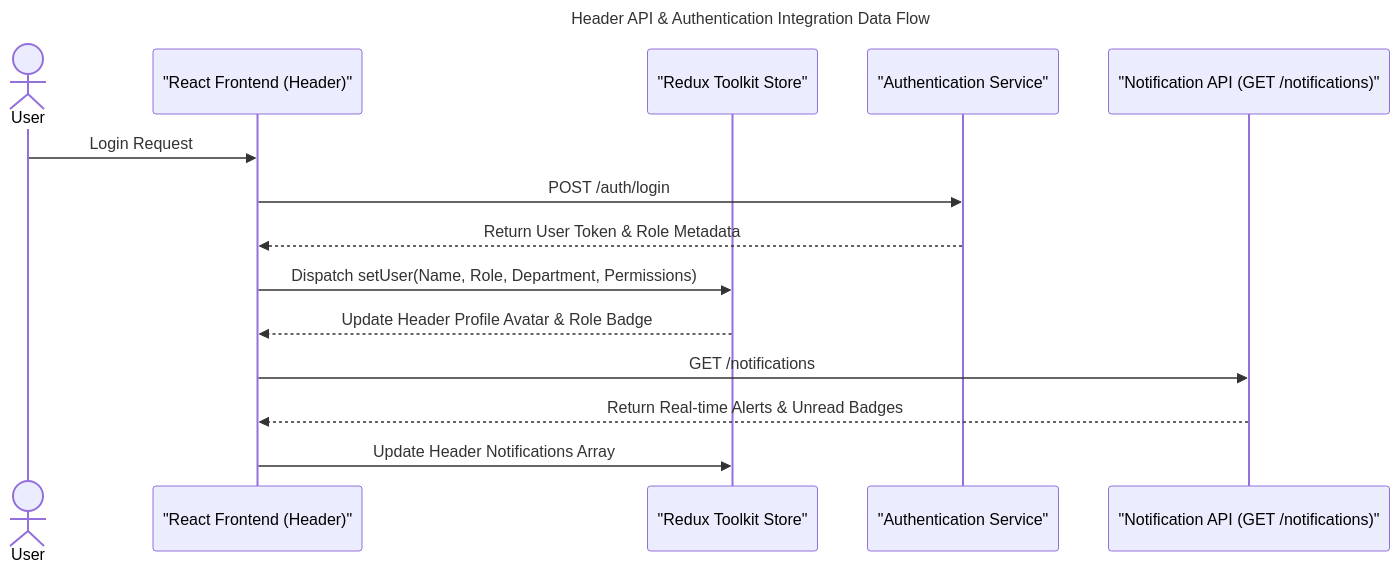
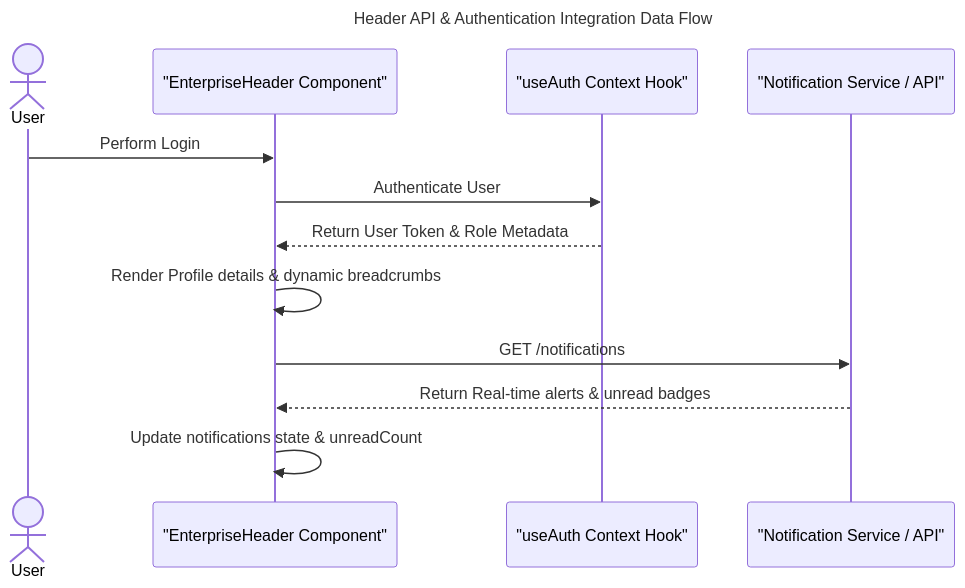
The second of 2 diagrams in docs/architecture/Header-Navigation-Architecture.md (maheswari-pinneti/WFA-SQLITE-Frontend-project), drawn with Mermaid before and after one commit. The commit also changed other lines of this file and 5 other files, not shown here.

Commit message:
docs: align documentation with SQLite database architecture, TypeScript structure, and EnterpriseHeader local state

````diff
--- a/docs/architecture/Header-Navigation-Architecture.md
+++ b/docs/architecture/Header-Navigation-Architecture.md
@@ -89,17 +87,15 @@
 ```mermaid
 sequenceDiagram
 title Header API & Authentication Integration Data Flow
 actor User
-participant Client as "React Frontend (Header)"
-participant Redux as "Redux Toolkit Store"
-participant AuthAPI as "Authentication Service"
-participant NotifAPI as "Notification API (GET /notifications)"
-User ->> Client: Login Request
-Client ->> AuthAPI: POST /auth/login
-AuthAPI -->> Client: Return User Token & Role Metadata
-Client ->> Redux: Dispatch setUser(Name, Role, Department, Permissions)
-Redux -->> Client: Update Header Profile Avatar & Role Badge
+participant Client as "EnterpriseHeader Component"
+participant Auth as "useAuth Context Hook"
+participant NotifAPI as "Notification Service / API"
+User ->> Client: Perform Login
+Client ->> Auth: Authenticate User
+Auth -->> Client: Return User Token & Role Metadata
+Client ->> Client: Render Profile details & dynamic breadcrumbs
 Client ->> NotifAPI: GET /notifications
-NotifAPI -->> Client: Return Real-time Alerts & Unread Badges
-Client ->> Redux: Update Header Notifications Array
+NotifAPI -->> Client: Return Real-time alerts & unread badges
+Client ->> Client: Update notifications state & unreadCount
 ```
````
